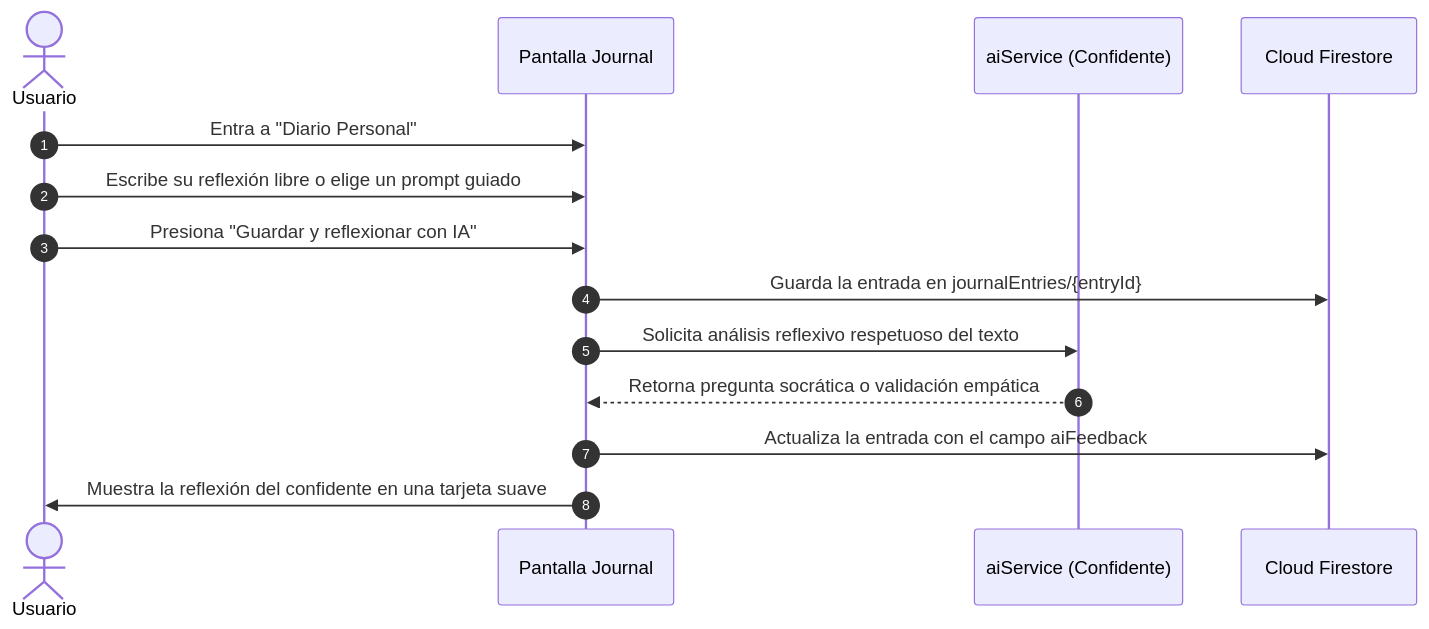
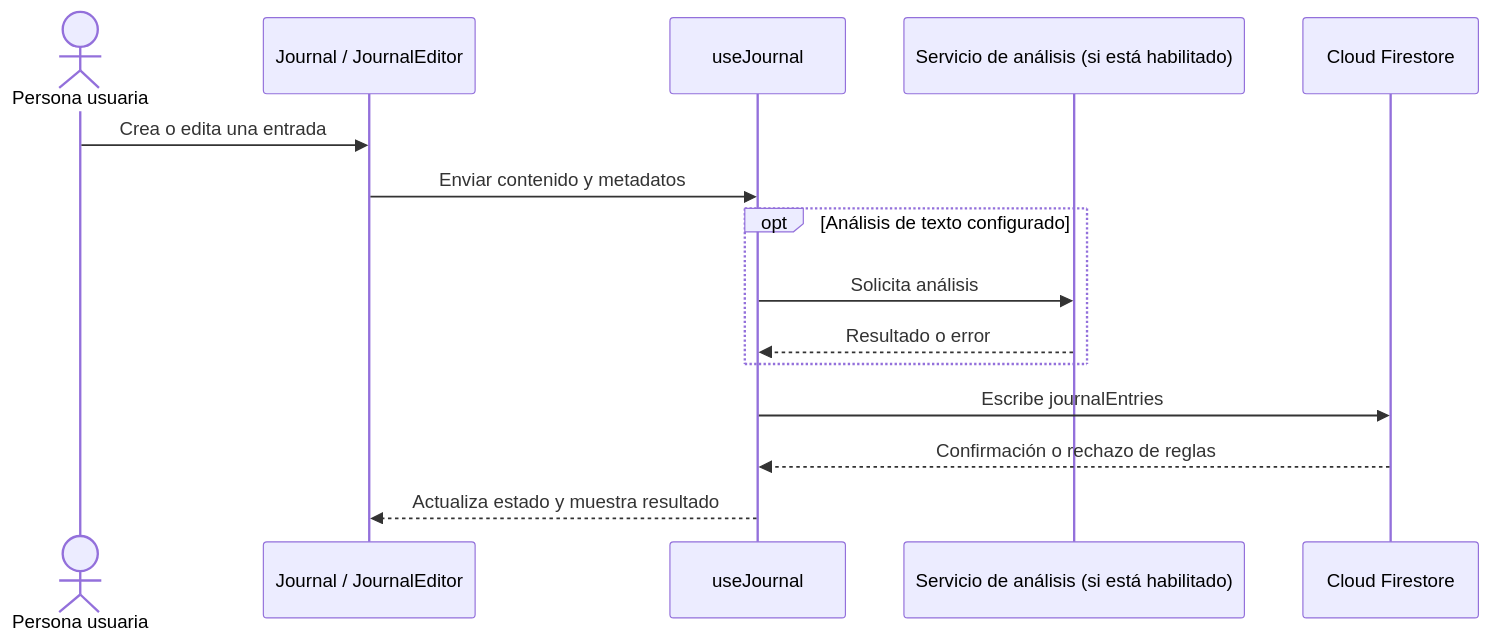
The second of 5 diagrams in docs/product/user-flows.md (axyra-app/Mood_Log_App), drawn with Mermaid before and after one commit. The commit also changed other lines of this file and 27 other files, not shown here.

Commit message:
docs: consolidate product and biometric roadmap

````diff
--- a/docs/product/user-flows.md
+++ b/docs/product/user-flows.md
@@ -37,17 +31,18 @@
 ```mermaid
 sequenceDiagram
-    autonumber
-    actor U as Usuario
-    participant J as Pantalla Journal
-    participant AI as aiService (Confidente)
-    participant DB as Cloud Firestore
+    actor P as Persona usuaria
+    participant UI as Journal / JournalEditor
+    participant Hook as useJournal
+    participant AI as Servicio de análisis (si está habilitado)
+    participant FS as Cloud Firestore
 
-    U->>J: Entra a "Diario Personal"
-    U->>J: Escribe su reflexión libre o elige un prompt guiado
-    U->>J: Presiona "Guardar y reflexionar con IA"
-    J->>DB: Guarda la entrada en journalEntries/{entryId}
-    J->>AI: Solicita análisis reflexivo respetuoso del texto
-    AI-->>J: Retorna pregunta socrática o validación empática
-    J->>DB: Actualiza la entrada con el campo aiFeedback
-    J->>U: Muestra la reflexión del confidente en una tarjeta suave
+    P->>UI: Crea o edita una entrada
+    UI->>Hook: Enviar contenido y metadatos
+    opt Análisis de texto configurado
+        Hook->>AI: Solicita análisis
+        AI-->>Hook: Resultado o error
+    end
+    Hook->>FS: Escribe journalEntries
+    FS-->>Hook: Confirmación o rechazo de reglas
+    Hook-->>UI: Actualiza estado y muestra resultado
 ```
````
